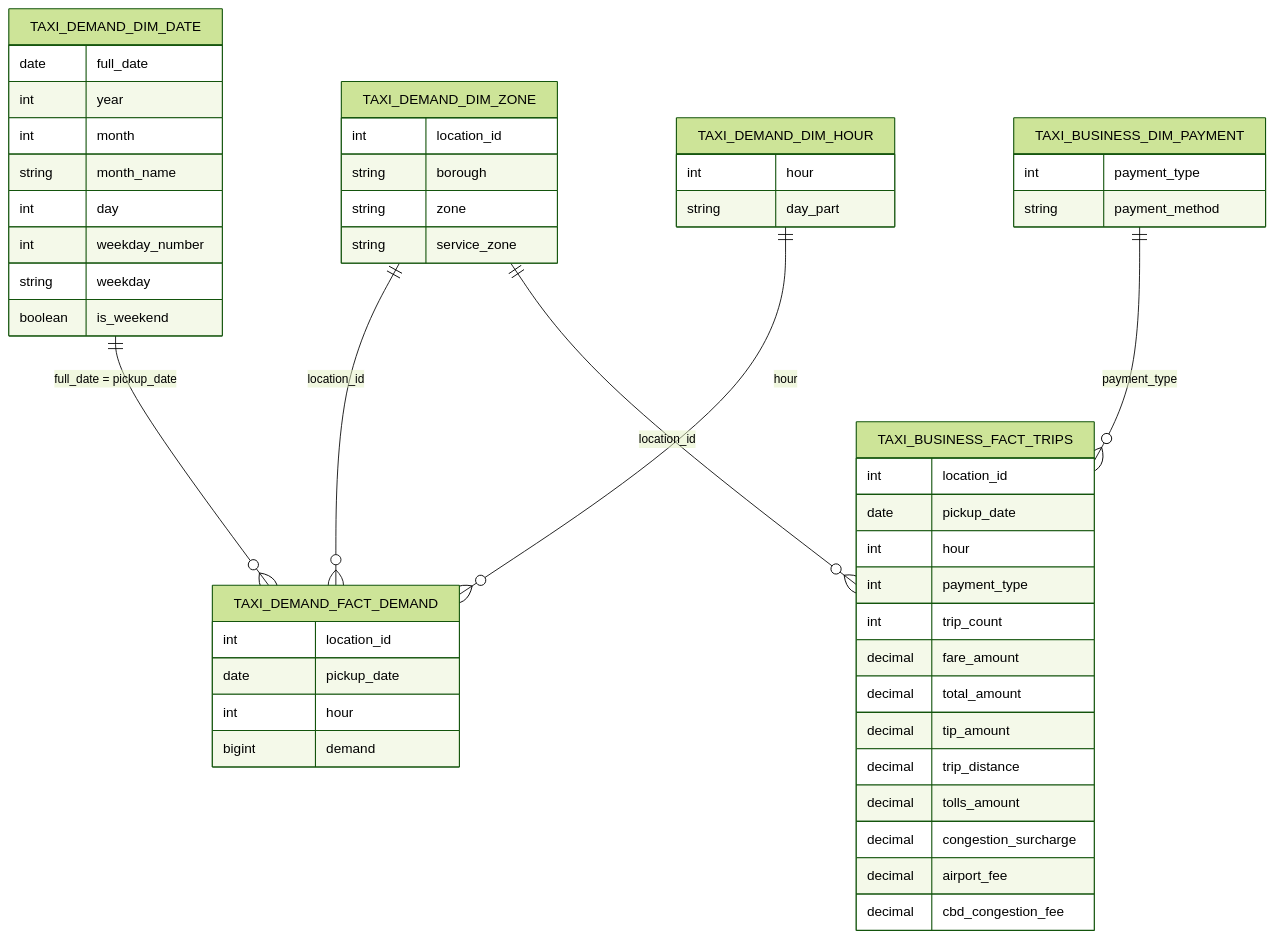
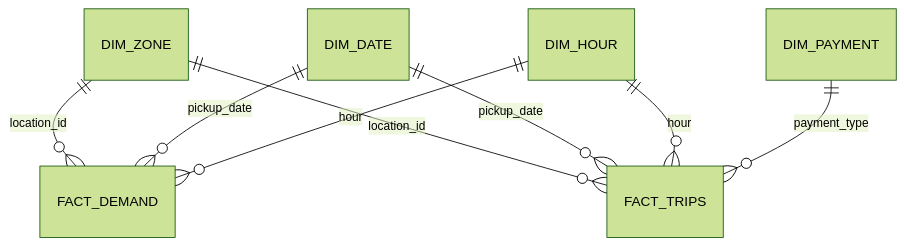
One commit to georgeballa7/NycTaxiDemandForecasting changed the diagram in docs/data_model.md. Above: the diagram before and after it, drawn with Mermaid (forest theme). The commit also changed other lines of this file and 4 other files, not shown here.

Commit message:
docs: update architecture and pipeline documentation

````diff
--- a/docs/data_model.md
+++ b/docs/data_model.md
@@ -15,54 +15,11 @@
 ```mermaid
 erDiagram
-    TAXI_DEMAND_DIM_ZONE ||--o{ TAXI_DEMAND_FACT_DEMAND : "location_id"
-    TAXI_DEMAND_DIM_DATE ||--o{ TAXI_DEMAND_FACT_DEMAND : "full_date = pickup_date"
-    TAXI_DEMAND_DIM_HOUR ||--o{ TAXI_DEMAND_FACT_DEMAND : "hour"
-    TAXI_DEMAND_DIM_ZONE ||--o{ TAXI_BUSINESS_FACT_TRIPS : "location_id"
-    TAXI_BUSINESS_DIM_PAYMENT ||--o{ TAXI_BUSINESS_FACT_TRIPS : "payment_type"
+    DIM_ZONE ||--o{ FACT_DEMAND : location_id
+    DIM_DATE ||--o{ FACT_DEMAND : pickup_date
+    DIM_HOUR ||--o{ FACT_DEMAND : hour
 
-    TAXI_DEMAND_DIM_ZONE {
-        int location_id
-        string borough
-        string zone
-        string service_zone
-    }
-    TAXI_DEMAND_DIM_DATE {
-        date full_date
-        int year
-        int month
-        string month_name
-        int day
-        int weekday_number
-        string weekday
-        boolean is_weekend
-    }
-    TAXI_DEMAND_DIM_HOUR {
-        int hour
-        string day_part
-    }
-    TAXI_DEMAND_FACT_DEMAND {
-        int location_id
-        date pickup_date
-        int hour
-        bigint demand
-    }
-    TAXI_BUSINESS_DIM_PAYMENT {
-        int payment_type
-        string payment_method
-    }
-    TAXI_BUSINESS_FACT_TRIPS {
-        int location_id
-        date pickup_date
-        int hour
-        int payment_type
-        int trip_count
-        decimal fare_amount
-        decimal total_amount
-        decimal tip_amount
-        decimal trip_distance
-        decimal tolls_amount
-        decimal congestion_surcharge
-        decimal airport_fee
-        decimal cbd_congestion_fee
-    }
+    DIM_ZONE ||--o{ FACT_TRIPS : location_id
+    DIM_DATE ||--o{ FACT_TRIPS : pickup_date
+    DIM_HOUR ||--o{ FACT_TRIPS : hour
+    DIM_PAYMENT ||--o{ FACT_TRIPS : payment_type
 ```
````
